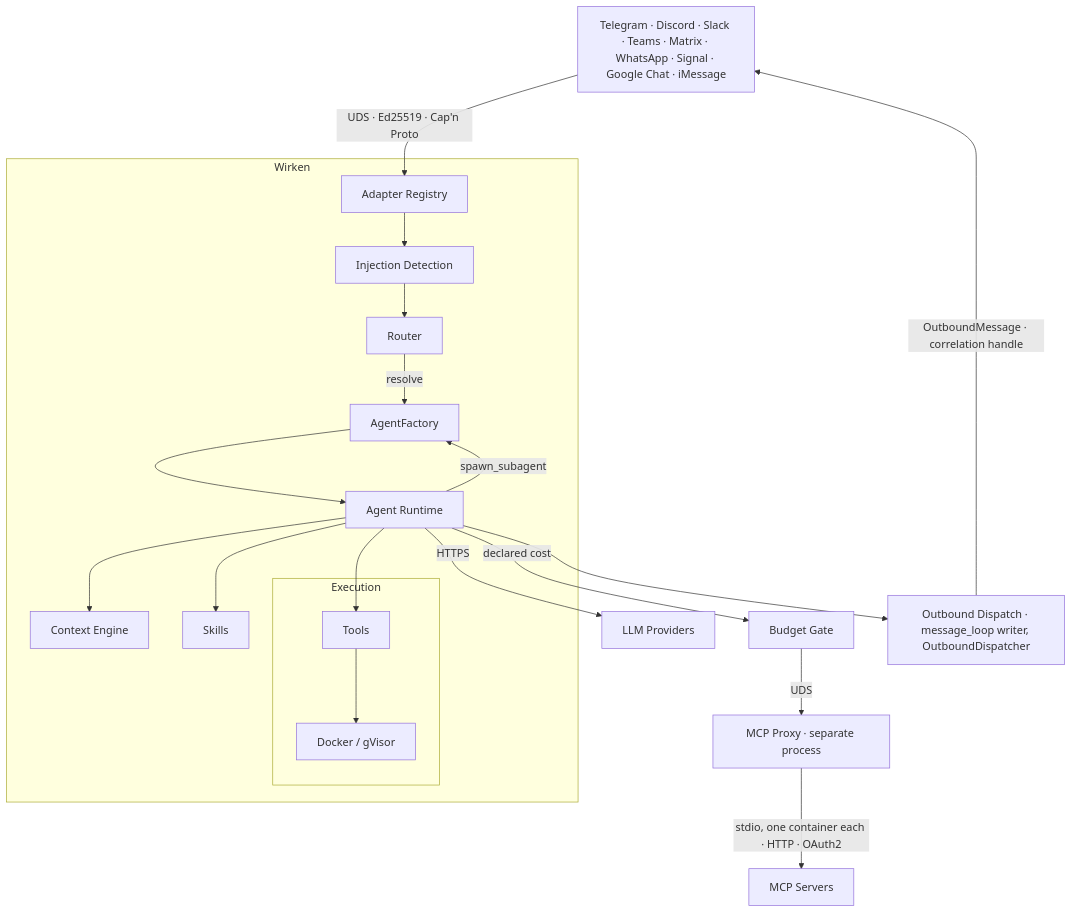
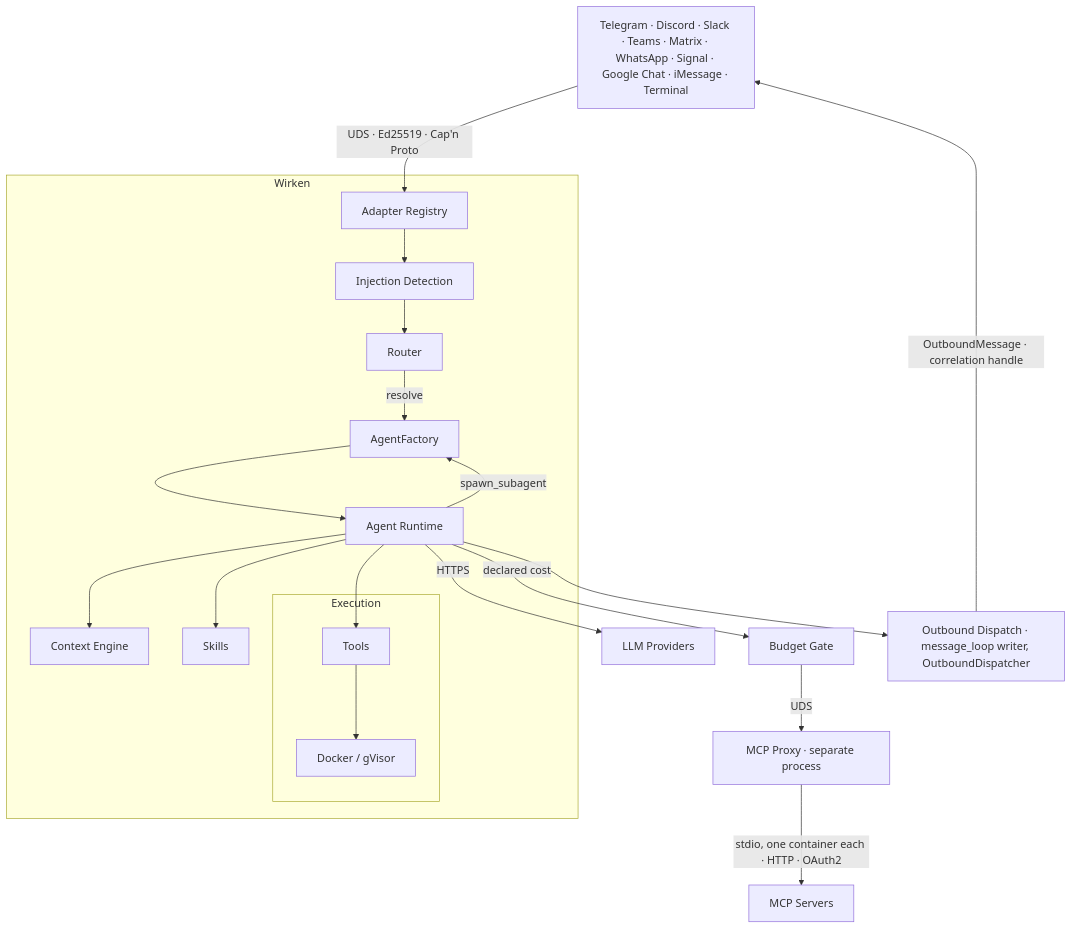
The first of 2 diagrams in README.md (gebruder/wirken), drawn with Mermaid before and after one commit. The commit also changed other lines of this file, not shown here.

Commit message:
README: name the terminal channel and plan sign-in

````diff
--- a/README.md
+++ b/README.md
@@ -164,28 +166,28 @@
 ```mermaid
 graph TD
-    Channels["Telegram · Discord · Slack · Teams · Matrix · WhatsApp · Signal · Google Chat · iMessage"]
+    Channels["Telegram · Discord · Slack · Teams · Matrix · WhatsApp · Signal · Google Chat · iMessage · Terminal"]
     Channels -- "UDS · Ed25519 · Cap'n Proto" --> Registry[Adapter Registry]
 
     subgraph Wirken
         Registry --> Detect[Injection Detection]
         Detect --> Router
         Router -- "resolve" --> Factory[AgentFactory]
         Factory --> Agent[Agent Runtime]
         Agent --> Context[Context Engine]
         Agent --> Skills
         Agent --> Tools
 
         subgraph Execution
             Tools --> Sandbox[Docker / gVisor]
         end
     end
 
     Agent -- "spawn_subagent" --> Factory
     Agent -- HTTPS --> LLM[LLM Providers]
     Agent -- "declared cost" --> Budget[Budget Gate]
     Budget -- "UDS" --> McpProxy["MCP Proxy · separate process"]
     McpProxy -- "stdio, one container each · HTTP · OAuth2" --> McpServers[MCP Servers]
 
     Agent --> Outbound["Outbound Dispatch · message_loop writer, OutboundDispatcher"]
     Outbound -- "OutboundMessage · correlation handle" --> Channels
 ```
````
